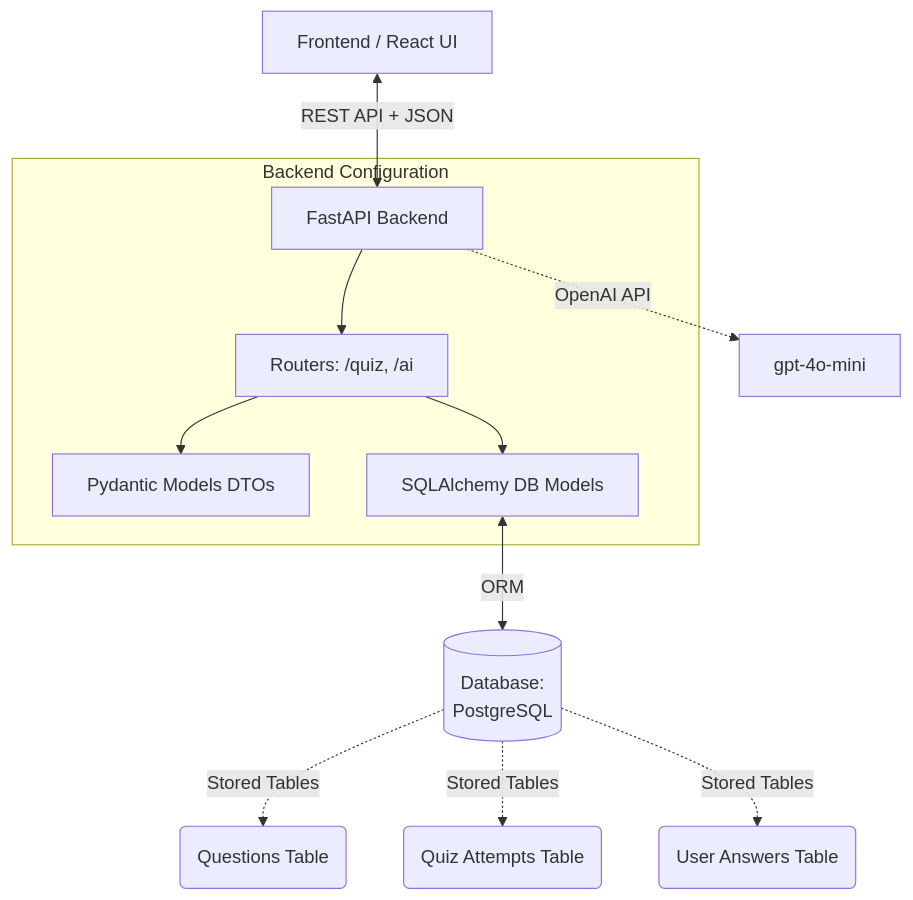
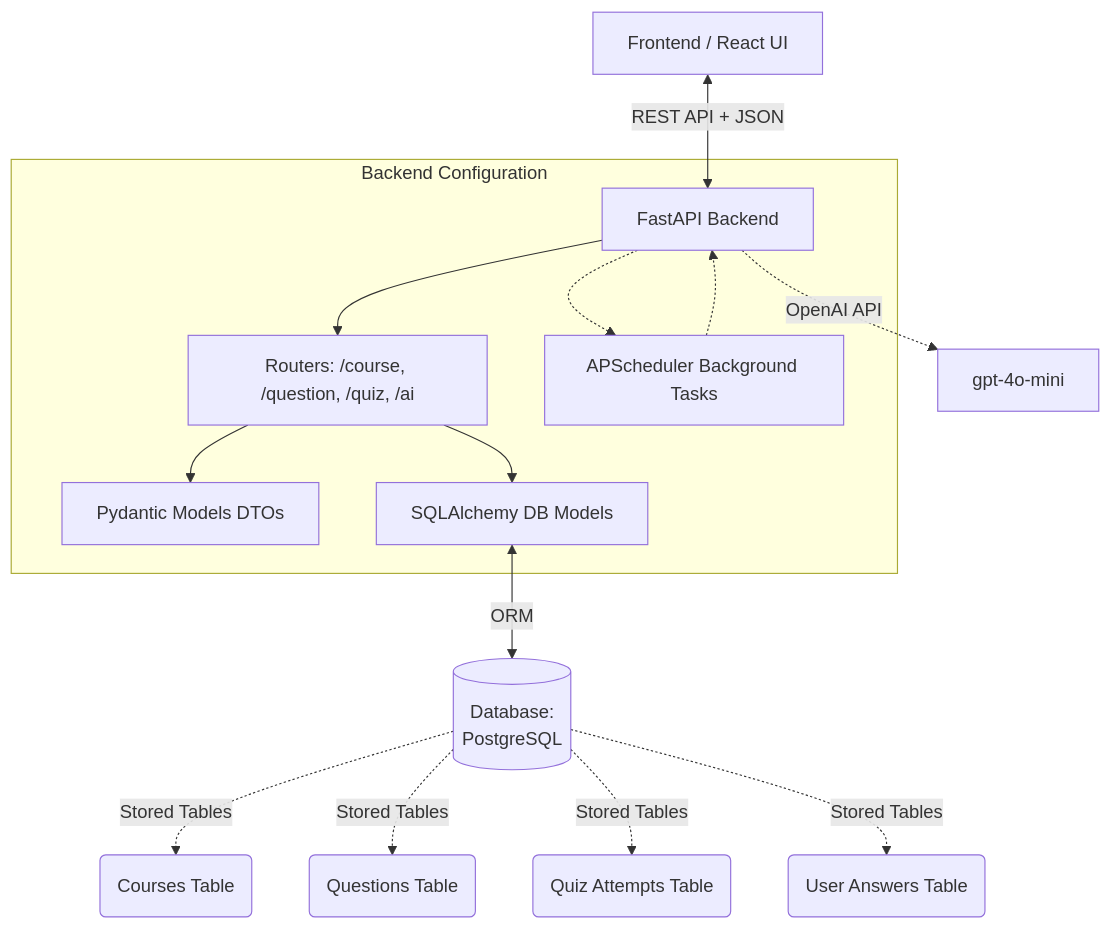
Before and after one commit to Mukesk/Spring_Board_App: the diagram in backend/README.md, drawn with Mermaid. The commit also changed other lines of this file, not shown here.

Commit message:
docs: Update README.md to reflect new architecture and API changes

````diff
--- a/backend/README.md
+++ b/backend/README.md
@@ -11,18 +11,21 @@
 ```mermaid
 graph TD
     UI[Frontend / React UI] <-->|REST API + JSON| API[FastAPI Backend]
     
     subgraph Backend Configuration
-    API --> Routers[Routers: /quiz, /ai]
+    API --> Routers[Routers: /course, /question, /quiz, /ai]
     Routers --> Schemas[Pydantic Models DTOs]
     Routers --> Models[SQLAlchemy DB Models]
+    API -.-> Scheduler[APScheduler Background Tasks]
     end
     
     Models <-->|ORM| Database[(Database:\n PostgreSQL)]
     
+    Database -.->|Stored Tables| CTable(Courses Table)
     Database -.->|Stored Tables| QTable(Questions Table)
     Database -.->|Stored Tables| ATTable(Quiz Attempts Table)
     Database -.->|Stored Tables| UATable(User Answers Table)
     
     API -.->|OpenAI API| LLM[gpt-4o-mini]
+    Scheduler -.-> API
 ```
````
